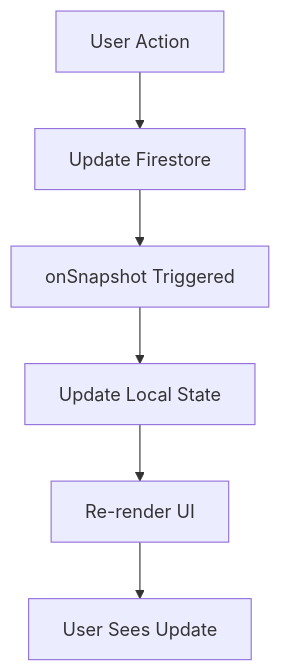
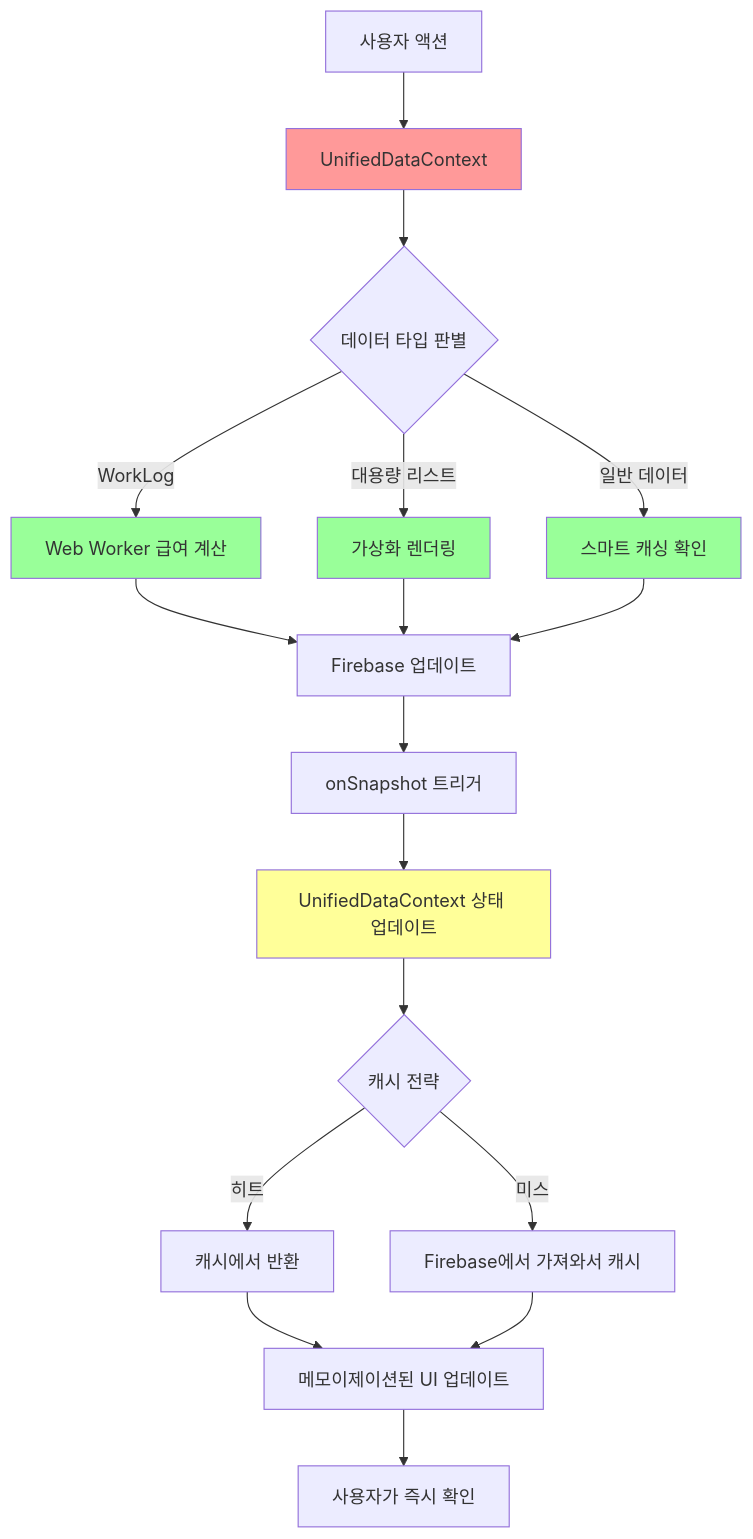
The diagram in docs/FIREBASE_DATA_FLOW.md (snosnosno/tholdem), drawn with Mermaid before and after one commit. The commit also changed other lines of this file and 66 other files, not shown here.

````diff
--- a/docs/FIREBASE_DATA_FLOW.md
+++ b/docs/FIREBASE_DATA_FLOW.md
@@ -140,8 +202,25 @@
 ```mermaid
 graph TD
-    A[User Action] --> B[Update Firestore]
-    B --> C[onSnapshot Triggered]
-    C --> D[Update Local State]
-    D --> E[Re-render UI]
-    E --> F[User Sees Update]
+    A[사용자 액션] --> B[UnifiedDataContext]
+    B --> C{데이터 타입 판별}
+    C -->|WorkLog| D[Web Worker 급여 계산]
+    C -->|대용량 리스트| E[가상화 렌더링]
+    C -->|일반 데이터| F[스마트 캐싱 확인]
+    D --> G[Firebase 업데이트]
+    E --> G
+    F --> G
+    G --> H[onSnapshot 트리거]
+    H --> I[UnifiedDataContext 상태 업데이트]
+    I --> J{캐시 전략}
+    J -->|히트| K[캐시에서 반환]
+    J -->|미스| L[Firebase에서 가져와서 캐시]
+    K --> M[메모이제이션된 UI 업데이트]
+    L --> M
+    M --> N[사용자가 즉시 확인]
+    
+    style B fill:#ff9999
+    style D fill:#99ff99
+    style E fill:#99ff99
+    style F fill:#99ff99
+    style I fill:#ffff99
 ```
````
